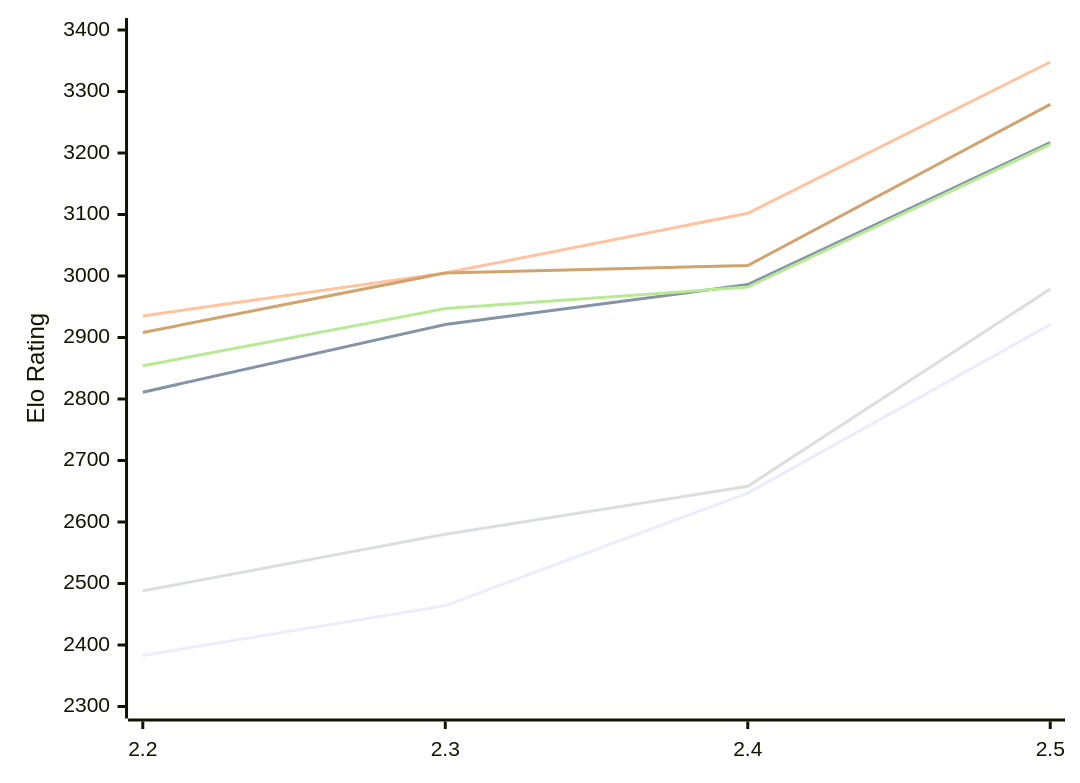
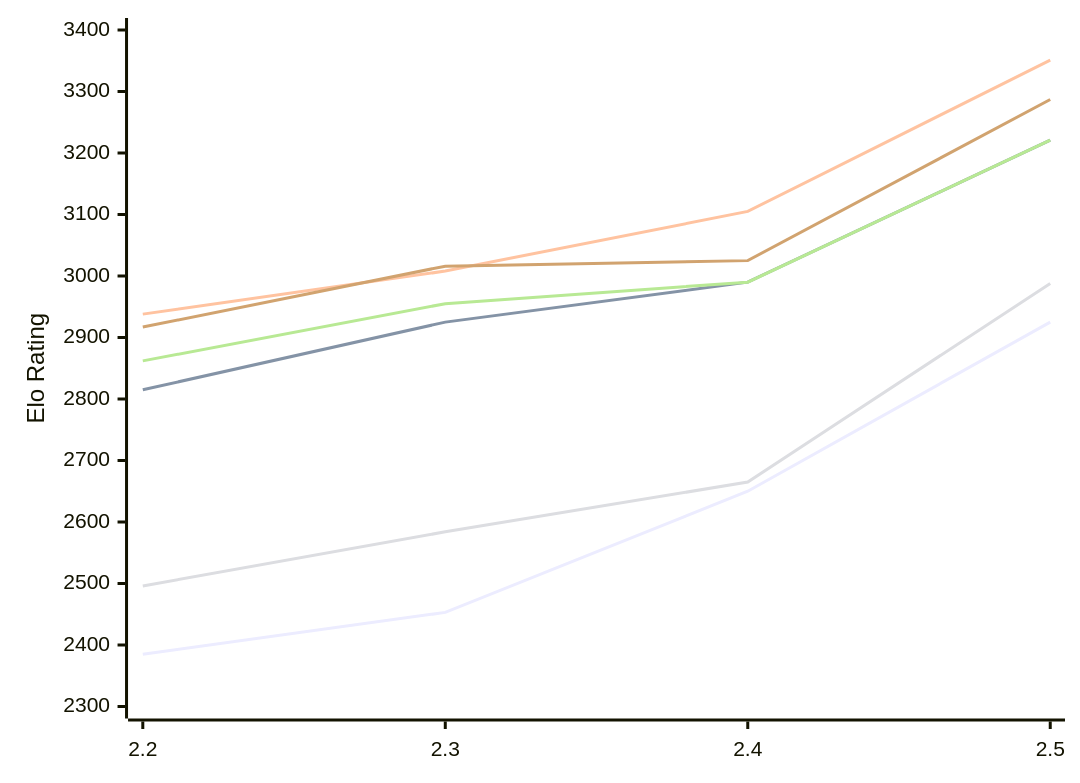
One commit to computer-chess-index/cci changed the first of 2 diagrams in engines/Sloth.md. Above: the diagram before and after it, drawn with Mermaid. The commit also changed other lines of this file, not shown here.

Commit message:
Update CCI Ratings (ELO VLTC) - 2026-11-25

````diff
--- a/engines/Sloth.md
+++ b/engines/Sloth.md
@@ -54,12 +54,12 @@
 ```mermaid
 %%{init: {"theme":"base","themeVariables":{"seriesColors:['#a3a3a3','#222221','#faa371']}}}%%
 xychart-beta
   x-axis ["2.2", "2.3", "2.4", "2.5"]
   y-axis "Elo Rating" 2300 --> 3400
-  line "E1: STC (8.0+0.08s)" [2383, 2464, 2647, 2921]
-  line "E1: LTC (60.0+0.60s)" [2811, 2921, 2986, 3217]
-  line "E1: VLTC (2m24s+1.12s)" [2935, 3005, 3102, 3348]
-  line "P1: STC (8.0+0.08s)" [2488, 2580, 2658, 2979]
-  line "P1: LTC (60.0+0.60s)" [2854, 2947, 2982, 3214]
-  line "P1: VLTC (2m24s+1.12s)" [2908, 3005, 3017, 3279]
+  line "E1: STC (8.0+0.08s)" [2385, 2453, 2650, 2925]
+  line "E1: LTC (60.0+0.60s)" [2815, 2925, 2990, 3221]
+  line "E1: VLTC (2m24s+1.12s)" [2938, 3008, 3105, 3351]
+  line "P1: STC (8.0+0.08s)" [2496, 2584, 2665, 2988]
+  line "P1: LTC (60.0+0.60s)" [2862, 2955, 2990, 3221]
+  line "P1: VLTC (2m24s+1.12s)" [2917, 3016, 3025, 3287]
 ```
````
